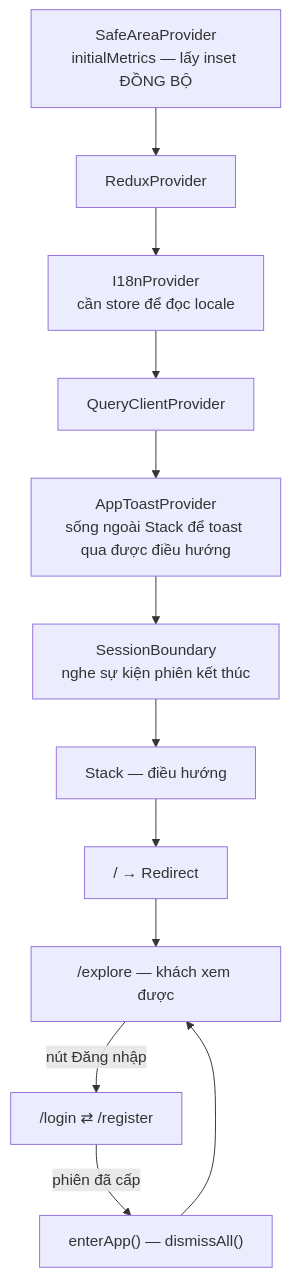
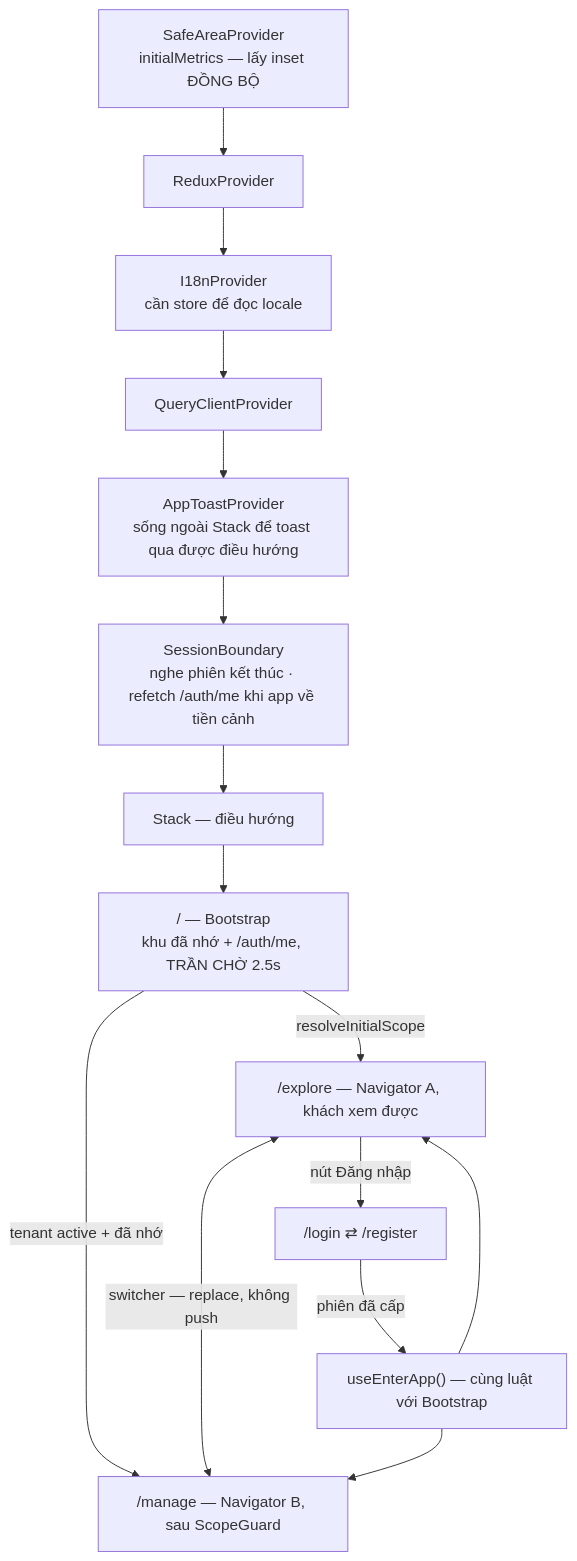
The second of 4 diagrams in apps/mobile/README.md (daihanhbvt/xeprime), drawn with Mermaid before and after one commit. The commit also changed other lines of this file and 266 other files, not shown here.

````diff
--- a/apps/mobile/README.md
+++ b/apps/mobile/README.md
@@ -248,14 +268,16 @@
 ```mermaid
 flowchart TD
   A["SafeAreaProvider<br/>initialMetrics — lấy inset ĐỒNG BỘ"] --> B["ReduxProvider"]
   B --> C["I18nProvider<br/>cần store để đọc locale"]
   C --> D["QueryClientProvider"]
   D --> AT["AppToastProvider<br/>sống ngoài Stack để toast qua được điều hướng"]
-  AT --> E["SessionBoundary<br/>nghe sự kiện phiên kết thúc"]
+  AT --> E["SessionBoundary<br/>nghe phiên kết thúc · refetch /auth/me khi app về tiền cảnh"]
   E --> F["Stack — điều hướng"]
-  F --> G["/ → Redirect"]
-  G --> J["/explore — khách xem được"]
+  F --> G["/ — Bootstrap<br/>khu đã nhớ + /auth/me, TRẦN CHỜ 2.5s"]
+  G -->|"resolveInitialScope"| J["/explore — Navigator A, khách xem được"]
+  G -->|"tenant active + đã nhớ"| M["/manage — Navigator B, sau ScopeGuard"]
+  J <-->|"switcher — replace, không push"| M
   J -->|"nút Đăng nhập"| I["/login ⇄ /register"]
-  I -->|"phiên đã cấp"| K["enterApp() — dismissAll()"]
-  K --> J
+  I -->|"phiên đã cấp"| K["useEnterApp() — cùng luật với Bootstrap"]
+  K --> J & M
 ```
````
